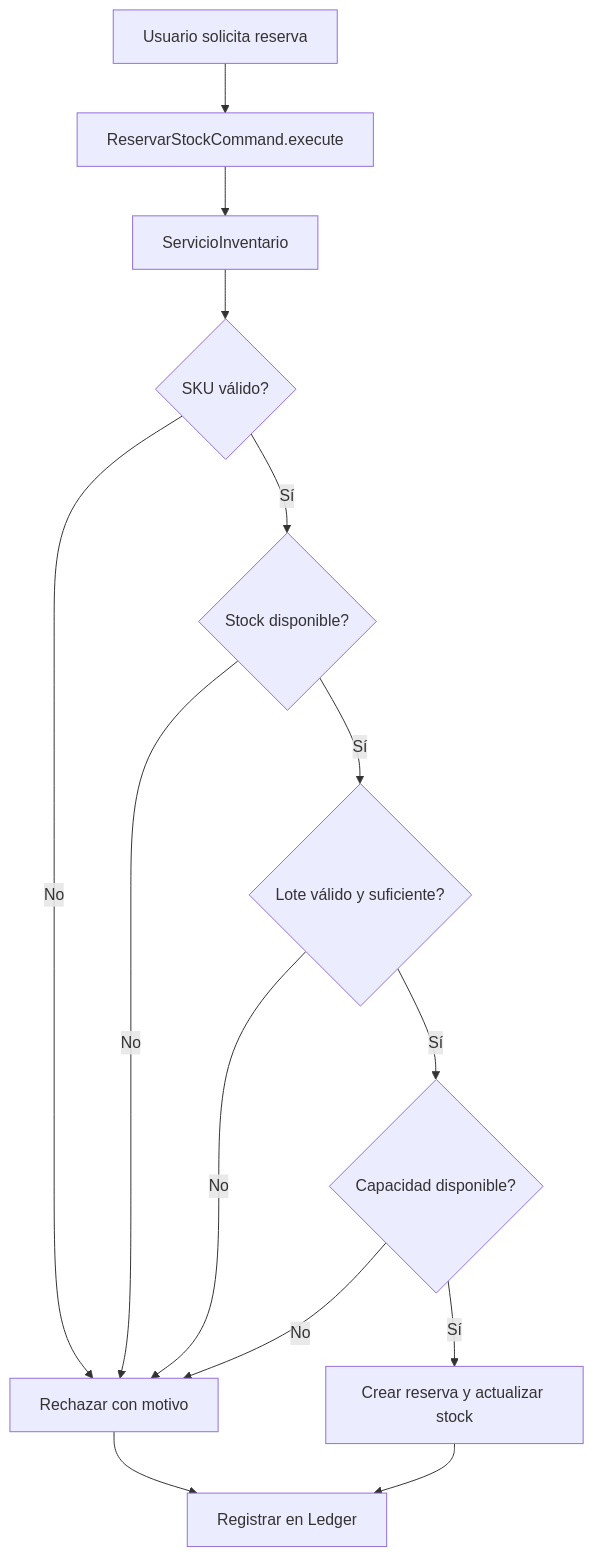
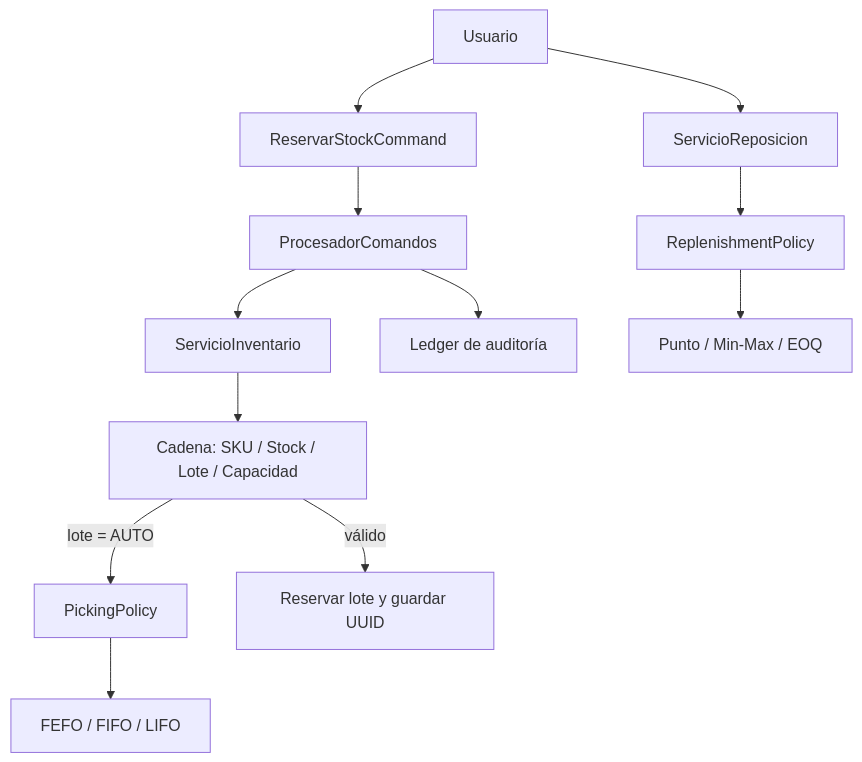
Before and after one commit to luisdavidborjap-web/logistpulse-smart-inventory-java: the diagram in README.md, drawn with Mermaid. The commit also changed other lines of this file and 29 other files, not shown here.

````diff
--- a/README.md
+++ b/README.md
@@ -116,16 +67,14 @@
 ```mermaid
 flowchart TD
-    A[Usuario solicita reserva] --> B[ReservarStockCommand.execute]
-    B --> C[ServicioInventario]
-    C --> D{SKU válido?}
-    D -- No --> X[Rechazar con motivo]
-    D -- Sí --> E{Stock disponible?}
-    E -- No --> X
-    E -- Sí --> F{Lote válido y suficiente?}
-    F -- No --> X
-    F -- Sí --> G{Capacidad disponible?}
-    G -- No --> X
-    G -- Sí --> H[Crear reserva y actualizar stock]
-    H --> I[Registrar en Ledger]
-    X --> I
+    U[Usuario] --> C[ReservarStockCommand]
+    C --> P[ProcesadorComandos]
+    P --> S[ServicioInventario]
+    S --> CH[Cadena: SKU / Stock / Lote / Capacidad]
+    CH -->|lote = AUTO| ST[PickingPolicy]
+    ST --> F[FEFO / FIFO / LIFO]
+    CH -->|válido| R[Reservar lote y guardar UUID]
+    P --> A[Ledger de auditoría]
+    U --> SR[ServicioReposicion]
+    SR --> RP[ReplenishmentPolicy]
+    RP --> RE[Punto / Min-Max / EOQ]
 ```
````
